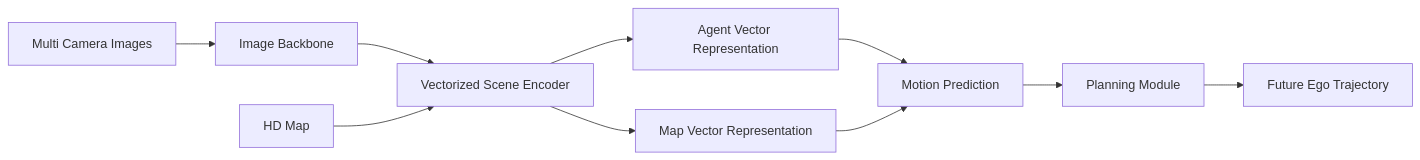
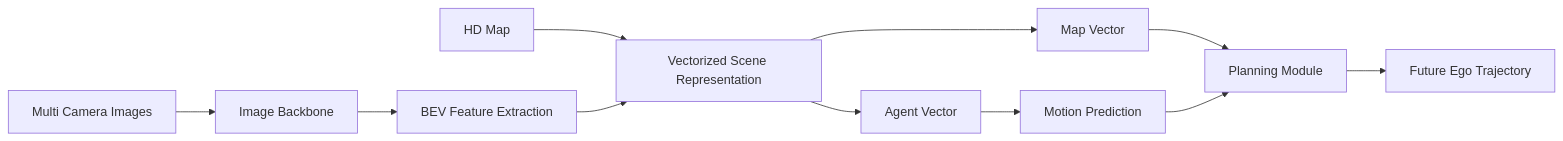
One commit to ZhuShanzhe/LMM-in-AutoDrive changed the diagram in docs/VAD_Resarch/VAD_Rearch.md. Above: the diagram before and after it, drawn with Mermaid. The commit also changed other lines of this file, not shown here.

````diff
--- a/docs/VAD_Resarch/VAD_Rearch.md
+++ b/docs/VAD_Resarch/VAD_Rearch.md
@@ -117,18 +99,22 @@
 ```mermaid
 flowchart LR
 
 A["Multi Camera Images"] --> B["Image Backbone"]
-B --> C["Vectorized Scene Encoder"]
 
-D["HD Map"] --> C
+B --> C["BEV Feature Extraction"]
 
-C --> E["Agent Vector Representation"]
-C --> F["Map Vector Representation"]
+D["HD Map"] --> E["Vectorized Scene Representation"]
 
-E --> G["Motion Prediction"]
-F --> G
+C --> E
 
-G --> H["Planning Module"]
+E --> F["Agent Vector"]
+E --> G["Map Vector"]
 
-H --> I["Future Ego Trajectory"]
+F --> H["Motion Prediction"]
+
+G --> I["Planning Module"]
+
+H --> I
+
+I --> J["Future Ego Trajectory"]
 ```
````
